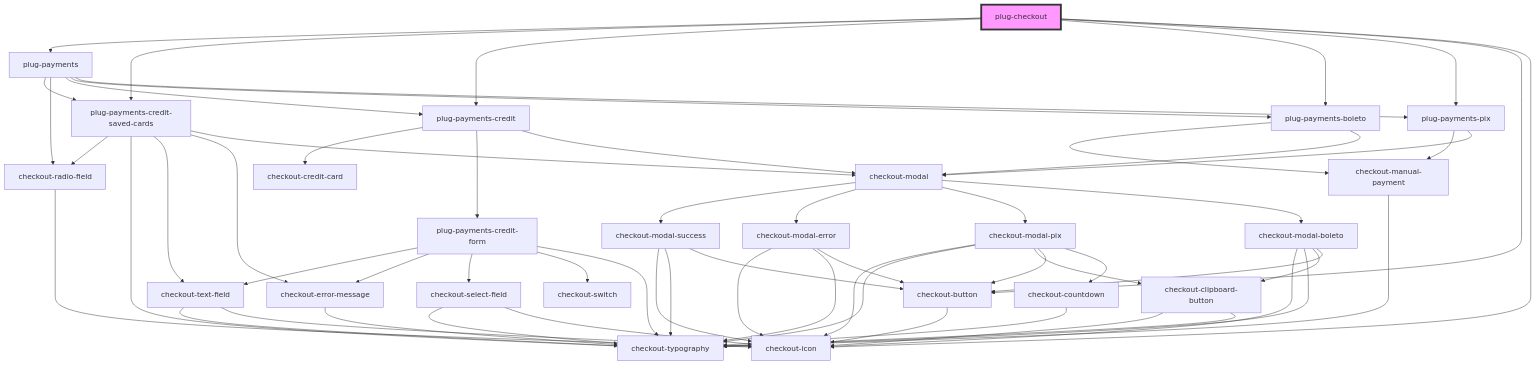
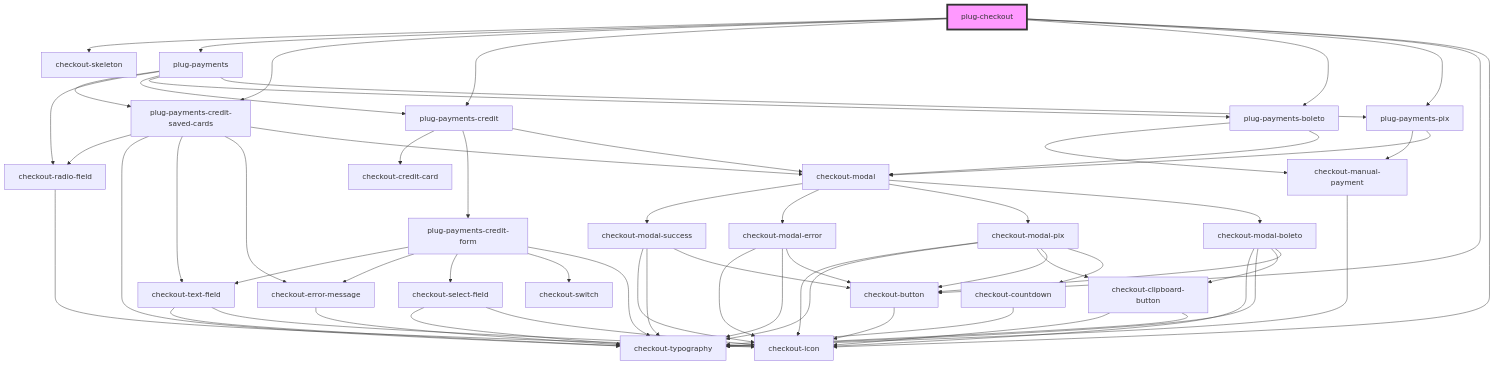
The diagram in packages/checkout/core/src/components/plug-checkout/readme.md (plughacker/malga-checkout), drawn with Mermaid before and after one commit. The commit also changed other lines of this file and 16 other files, not shown here.

````diff
--- a/packages/checkout/core/src/components/plug-checkout/readme.md
+++ b/packages/checkout/core/src/components/plug-checkout/readme.md
@@ -44,63 +46,64 @@
 ```mermaid
 graph TD;
+  plug-checkout --> checkout-skeleton
   plug-checkout --> plug-payments
   plug-checkout --> plug-payments-credit-saved-cards
   plug-checkout --> plug-payments-credit
   plug-checkout --> plug-payments-boleto
   plug-checkout --> plug-payments-pix
   plug-checkout --> checkout-button
   plug-checkout --> checkout-icon
   plug-payments --> plug-payments-credit-saved-cards
   plug-payments --> checkout-radio-field
   plug-payments --> plug-payments-credit
   plug-payments --> plug-payments-boleto
   plug-payments --> plug-payments-pix
   plug-payments-credit-saved-cards --> checkout-radio-field
   plug-payments-credit-saved-cards --> checkout-typography
   plug-payments-credit-saved-cards --> checkout-text-field
   plug-payments-credit-saved-cards --> checkout-error-message
   plug-payments-credit-saved-cards --> checkout-modal
   checkout-radio-field --> checkout-icon
   checkout-text-field --> checkout-typography
   checkout-text-field --> checkout-icon
   checkout-error-message --> checkout-typography
   checkout-modal --> checkout-modal-success
   checkout-modal --> checkout-modal-error
   checkout-modal --> checkout-modal-pix
   checkout-modal --> checkout-modal-boleto
   checkout-modal-success --> checkout-icon
   checkout-modal-success --> checkout-typography
   checkout-modal-success --> checkout-button
   checkout-button --> checkout-icon
   checkout-modal-error --> checkout-icon
   checkout-modal-error --> checkout-typography
   checkout-modal-error --> checkout-button
   checkout-modal-pix --> checkout-icon
   checkout-modal-pix --> checkout-typography
   checkout-modal-pix --> checkout-clipboard-button
   checkout-modal-pix --> checkout-button
   checkout-modal-pix --> checkout-countdown
   checkout-clipboard-button --> checkout-icon
   checkout-clipboard-button --> checkout-typography
   checkout-countdown --> checkout-typography
   checkout-modal-boleto --> checkout-icon
   checkout-modal-boleto --> checkout-typography
   checkout-modal-boleto --> checkout-clipboard-button
   checkout-modal-boleto --> checkout-button
   plug-payments-credit --> checkout-credit-card
   plug-payments-credit --> plug-payments-credit-form
   plug-payments-credit --> checkout-modal
   plug-payments-credit-form --> checkout-text-field
   plug-payments-credit-form --> checkout-error-message
   plug-payments-credit-form --> checkout-select-field
   plug-payments-credit-form --> checkout-switch
   plug-payments-credit-form --> checkout-typography
   checkout-select-field --> checkout-typography
   checkout-select-field --> checkout-icon
   plug-payments-boleto --> checkout-manual-payment
   plug-payments-boleto --> checkout-modal
   checkout-manual-payment --> checkout-typography
   plug-payments-pix --> checkout-manual-payment
   plug-payments-pix --> checkout-modal
   style plug-checkout fill:#f9f,stroke:#333,stroke-width:4px
 ```
````
